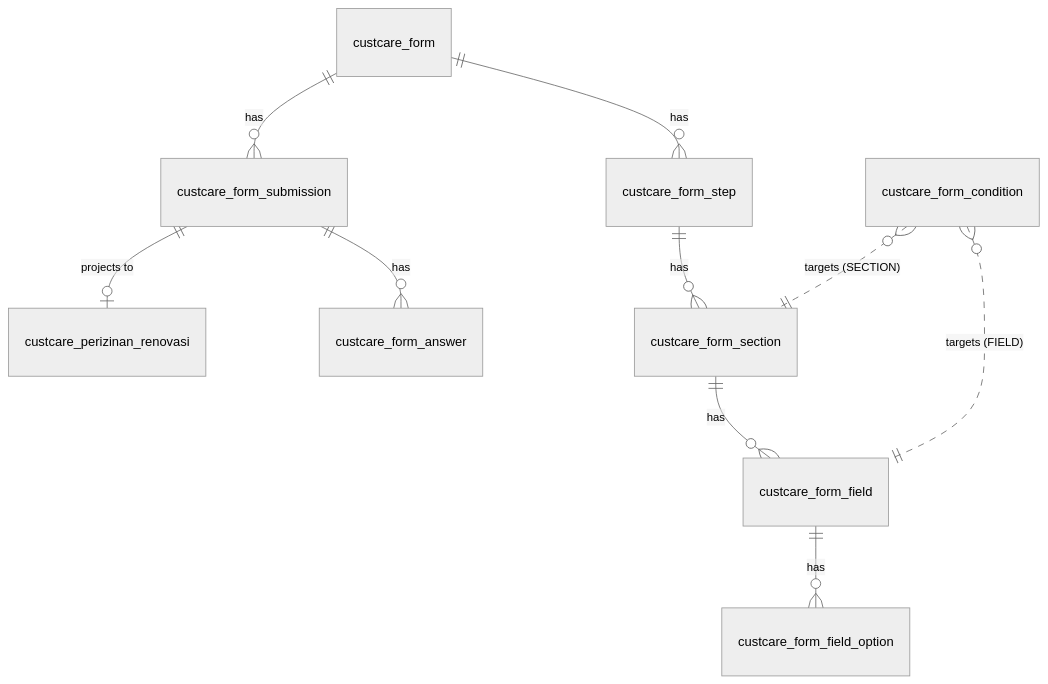
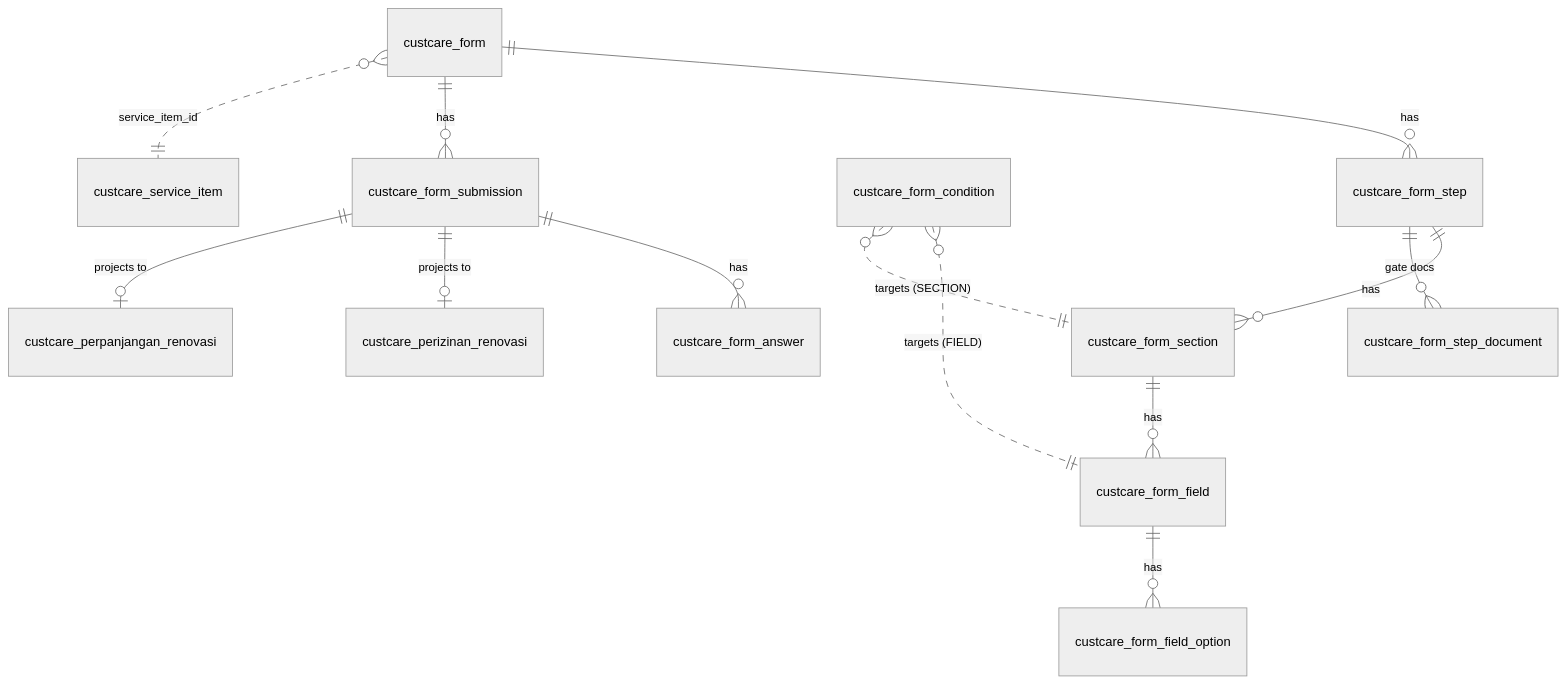
Before and after one commit to adminustrator/documentation: the diagram in docs/customer-care/data-model.md, drawn with Mermaid (neutral theme). The commit also changed other lines of this file and 6 other files, not shown here.

````diff
--- a/docs/customer-care/data-model.md
+++ b/docs/customer-care/data-model.md
@@ -25,12 +31,15 @@
 ```mermaid
 erDiagram
     custcare_form ||--o{ custcare_form_step : has
     custcare_form_step ||--o{ custcare_form_section : has
+    custcare_form_step ||--o{ custcare_form_step_document : "gate docs"
     custcare_form_section ||--o{ custcare_form_field : has
     custcare_form_field ||--o{ custcare_form_field_option : has
     custcare_form ||--o{ custcare_form_submission : has
     custcare_form_submission ||--o{ custcare_form_answer : has
     custcare_form_submission ||--o| custcare_perizinan_renovasi : "projects to"
+    custcare_form_submission ||--o| custcare_perpanjangan_renovasi : "projects to"
     custcare_form_condition }o..|| custcare_form_field : "targets (FIELD)"
     custcare_form_condition }o..|| custcare_form_section : "targets (SECTION)"
+    custcare_form }o..|| custcare_service_item : "service_item_id"
 ```
````
